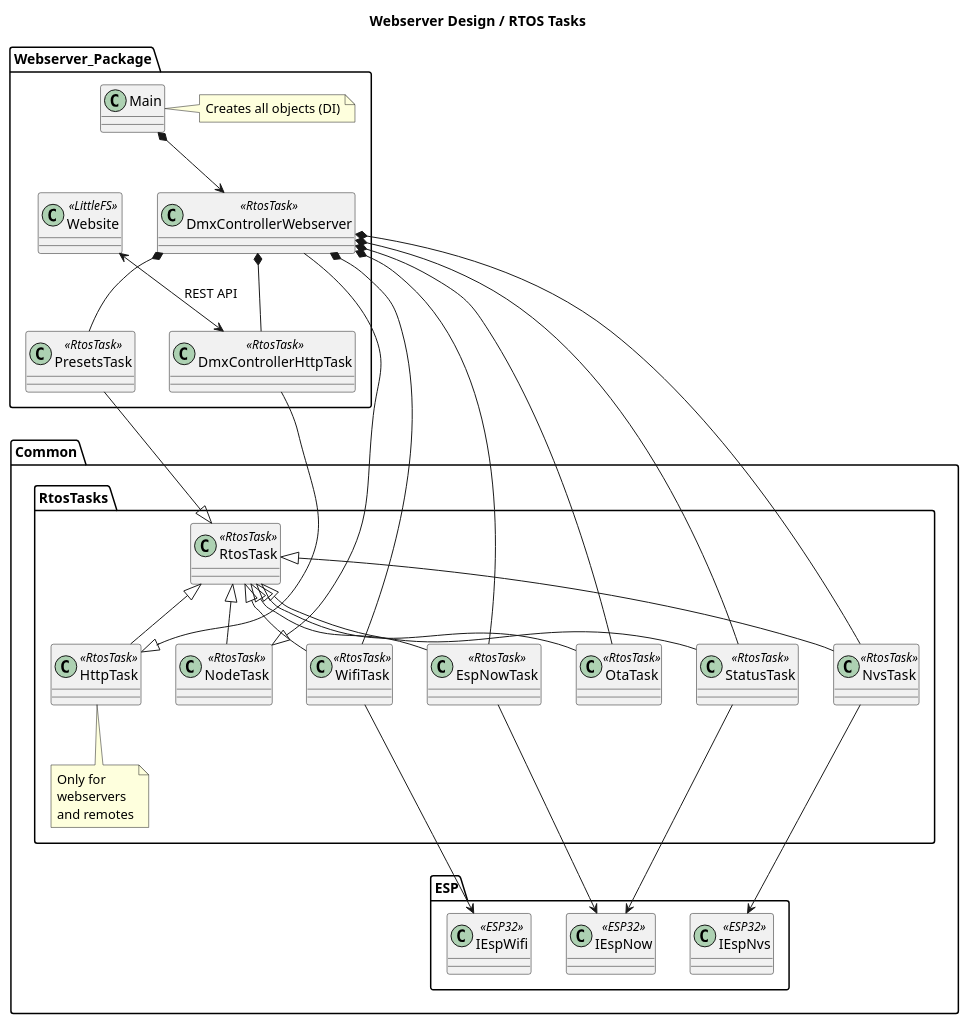
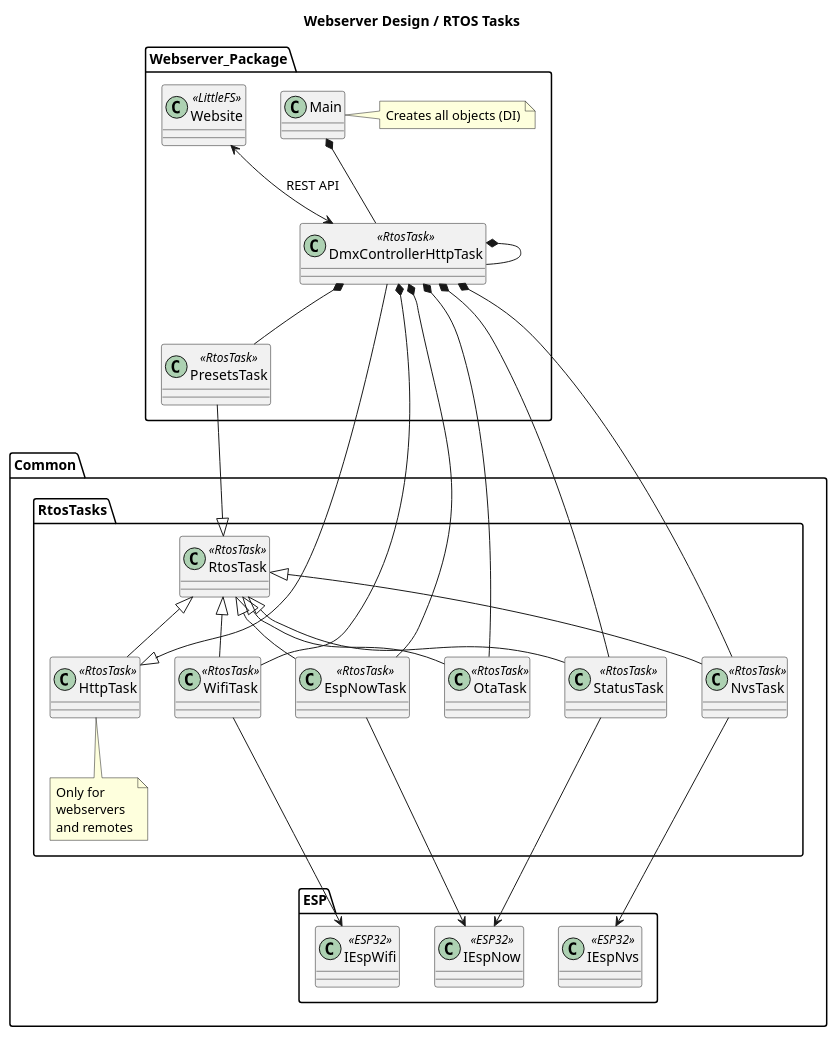
Before and after one commit to michelkeijzers/Esp32Framework: the first of 5 diagrams in docs/requirements_and_dds/nodes/webserver.puml, drawn with PlantUML. The commit also changed other lines of this file and 11 other files, not shown here.

```diff
--- a/docs/requirements_and_dds/nodes/webserver.puml
+++ b/docs/requirements_and_dds/nodes/webserver.puml
@@ -1,77 +1,72 @@
 @startuml 
 
 title Webserver Design / RTOS Tasks
 
 package Webserver_Package
 {
     class Main {}
     note right of Main
         Creates all objects (DI)
     end note
 
-    class DmxControllerWebserver <<RtosTask>> {}
-
     class Website <<LittleFS>>
 
     class DmxControllerHttpTask <<RtosTask>> {}
+    Main *-- DmxControllerHttpTask
+
     class PresetsTask <<RtosTask>> {}
-
-    Main *--> DmxControllerWebserver
-    
+   
     Website <--> DmxControllerHttpTask : REST API
 }
 
 package Common 
 {
     package RtosTasks
     {
         class RtosTask <<RtosTask>> {}
 
-        class NodeTask <<RtosTask>> {}
         class HttpTask <<RtosTask>> {}
         note bottom of HttpTask
             Only for
             webservers
             and remotes
         end note        
         class WifiTask <<RtosTask>> {}
         class EspNowTask <<RtosTask>> {}
         class OtaTask <<RtosTask>> {}
         class StatusTask <<RtosTask>> {}
         class NvsTask <<RtosTask>> {}
 
-        NodeTask -u-|> RtosTask
         HttpTask -u-|> RtosTask
         WifiTask -u-|> RtosTask
         EspNowTask -u-|> RtosTask
         OtaTask -u-|> RtosTask
         StatusTask -u-|> RtosTask
         NvsTask -u-|> RtosTask
         
     }
     package ESP
     {
         class IEspWifi <<ESP32>> {}
         class IEspNow <<ESP32>> {}
         class IEspNvs <<ESP32>> {}
     }
 
     StatusTask ---> IEspNow
     WifiTask ---> IEspWifi
     EspNowTask ---> IEspNow
     NvsTask ---> IEspNvs
 }
 
-DmxControllerWebserver --|> NodeTask
 DmxControllerHttpTask --|> HttpTask
 PresetsTask --|> RtosTask
 
-DmxControllerWebserver *-- DmxControllerHttpTask
-DmxControllerWebserver *-- PresetsTask
-DmxControllerWebserver *-- StatusTask
-DmxControllerWebserver *-- EspNowTask
-DmxControllerWebserver *-- WifiTask
-DmxControllerWebserver *-- OtaTask
-DmxControllerWebserver *-- NvsTask
+DmxControllerHttpTask *-- DmxControllerHttpTask
+DmxControllerHttpTask *-- PresetsTask
+DmxControllerHttpTask *-- StatusTask
+DmxControllerHttpTask *-- EspNowTask
+DmxControllerHttpTask *-- WifiTask
+DmxControllerHttpTask *-- OtaTask
+DmxControllerHttpTask *-- NvsTask
 
 @enduml
```
